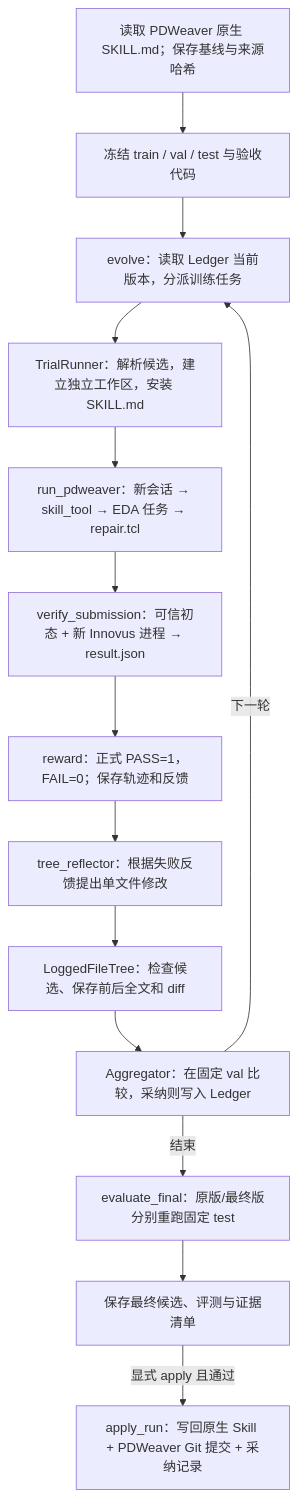
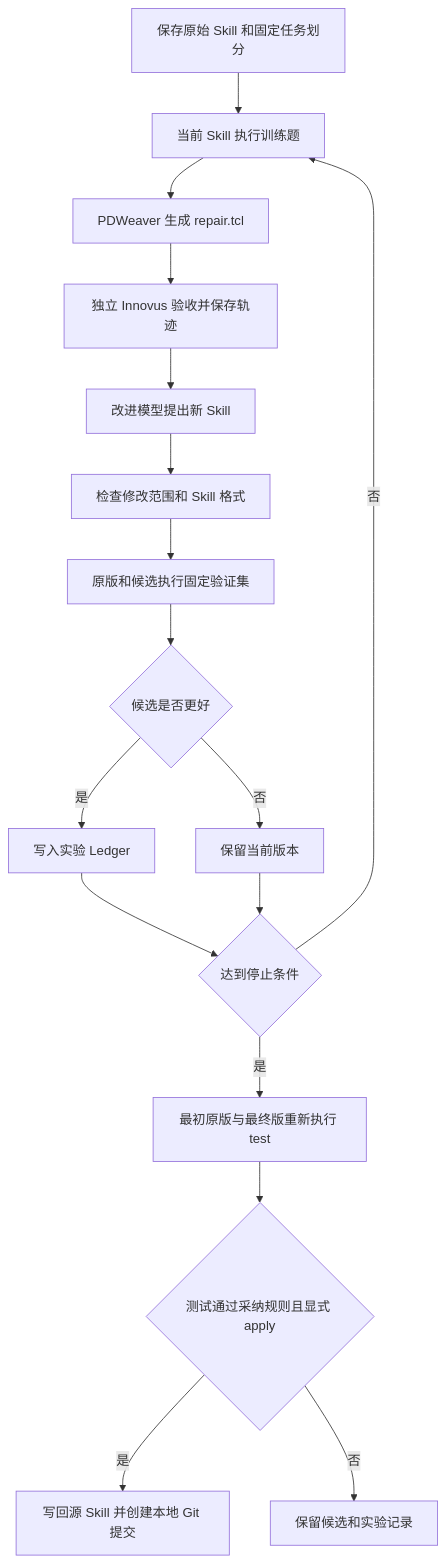
Before and after one commit to Artimislyy/agentdescent: the diagram in examples/pdweaver/README.md, drawn with Mermaid. The commit also changed other lines of this file, not shown here.

````diff
--- a/examples/pdweaver/README.md
+++ b/examples/pdweaver/README.md
@@ -40,16 +54,19 @@
 ```mermaid
 flowchart TD
-    A["读取 PDWeaver 原生 SKILL.md；保存基线与来源哈希"] --> B["冻结 train / val / test 与验收代码"]
-    B --> C["evolve：读取 Ledger 当前版本，分派训练任务"]
-    C --> D["TrialRunner：解析候选，建立独立工作区，安装 SKILL.md"]
-    D --> E["run_pdweaver：新会话 → skill_tool → EDA 任务 → repair.tcl"]
-    E --> F["verify_submission：可信初态 + 新 Innovus 进程 → result.json"]
-    F --> G["reward：正式 PASS=1，FAIL=0；保存轨迹和反馈"]
-    G --> H["tree_reflector：根据失败反馈提出单文件修改"]
-    H --> I["LoggedFileTree：检查候选、保存前后全文和 diff"]
-    I --> J["Aggregator：在固定 val 比较，采纳则写入 Ledger"]
-    J -->|下一轮| C
-    J -->|结束| K["evaluate_final：原版/最终版分别重跑固定 test"]
-    K --> L["保存最终候选、评测与证据清单"]
-    L -->|显式 apply 且通过| M["apply_run：写回原生 Skill + PDWeaver Git 提交 + 采纳记录"]
+    A[保存原始 Skill 和固定任务划分] --> B[当前 Skill 执行训练题]
+    B --> C[PDWeaver 生成 repair.tcl]
+    C --> D[独立 Innovus 验收并保存轨迹]
+    D --> E[改进模型提出新 Skill]
+    E --> F[检查修改范围和 Skill 格式]
+    F --> G[原版和候选执行固定验证集]
+    G --> H{候选是否更好}
+    H -->|是| I[写入实验 Ledger]
+    H -->|否| J[保留当前版本]
+    I --> K{达到停止条件}
+    J --> K
+    K -->|否| B
+    K -->|是| L[最初原版与最终版重新执行 test]
+    L --> M{测试通过采纳规则且显式 apply}
+    M -->|是| N[写回源 Skill 并创建本地 Git 提交]
+    M -->|否| O[保留候选和实验记录]
 ```
````
